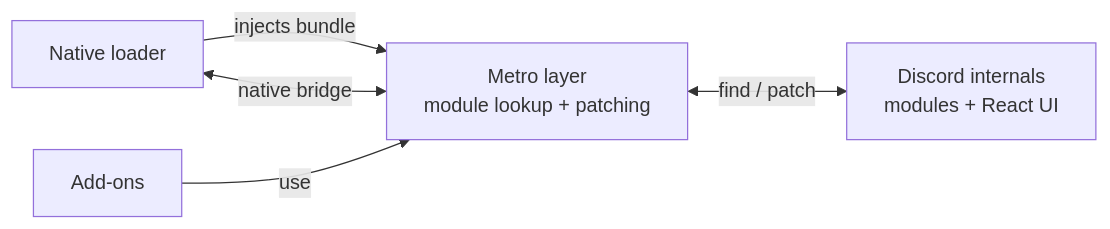
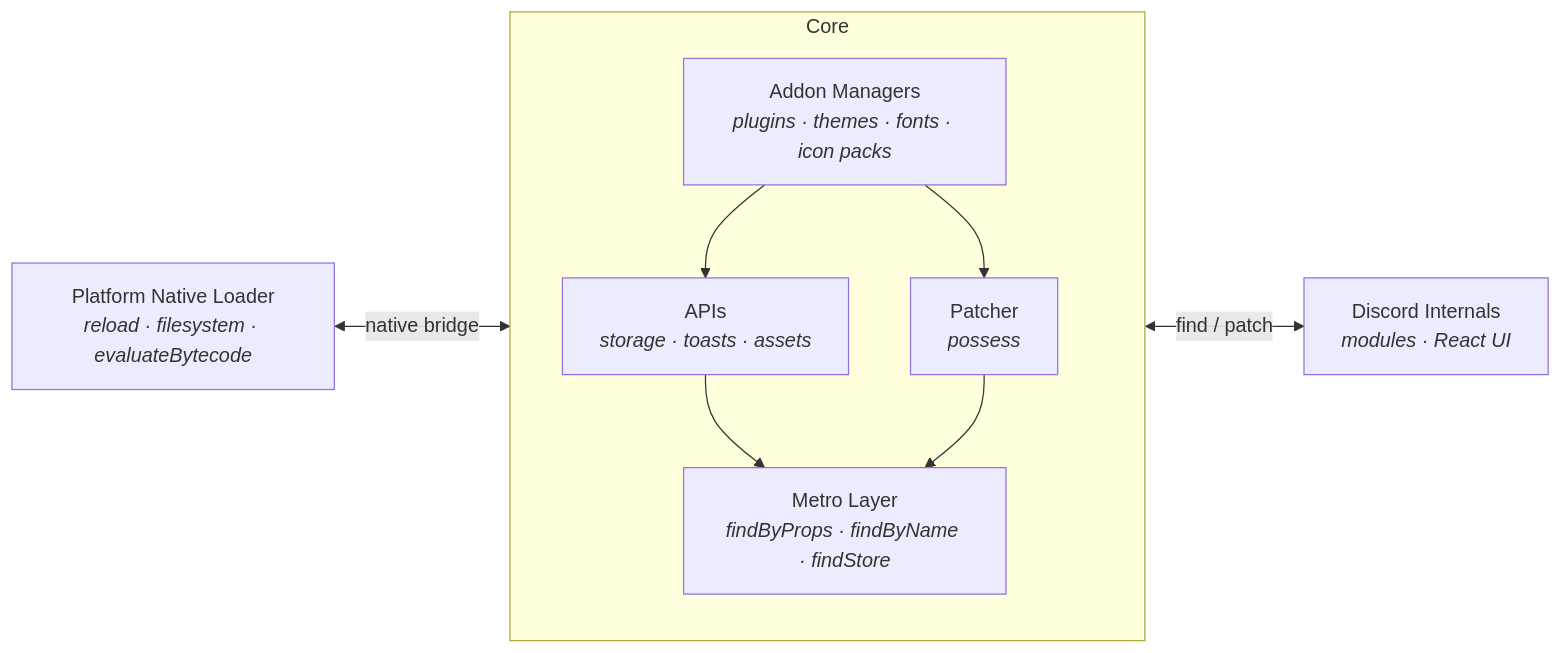
The diagram in README.md (castdrian/unbound), drawn with Mermaid before and after one commit. The commit also changed other lines of this file, not shown here.

Commit message:
docs: clean up mermaid diagram

````diff
--- a/README.md
+++ b/README.md
@@ -98,7 +98,14 @@
 ```mermaid
 flowchart LR
-    Loader["Native loader"] -->|injects bundle| Metro["Metro layer<br/>module lookup + patching"]
-    Metro <-->|find / patch| Discord["Discord internals<br/>modules + React UI"]
-    Addons["Add-ons"] -->|use| Metro
-    Metro <-->|native bridge| Loader
+    Loader["Platform Native Loader<br/><i>reload · filesystem · evaluateBytecode</i>"] <-->|native bridge| Core
+
+    subgraph Core["Core"]
+        direction TB
+        Managers["Addon Managers<br/><i>plugins · themes · fonts · icon packs</i>"] --> APIs["APIs<br/><i>storage · toasts · assets</i>"]
+        Managers --> Patcher["Patcher<br/><i>possess</i>"]
+        APIs --> Metro
+        Patcher --> Metro["Metro Layer<br/><i>findByProps · findByName · findStore</i>"]
+    end
+
+    Metro <-->|find / patch| Discord["Discord Internals<br/><i>modules · React UI</i>"]
 ```
````
